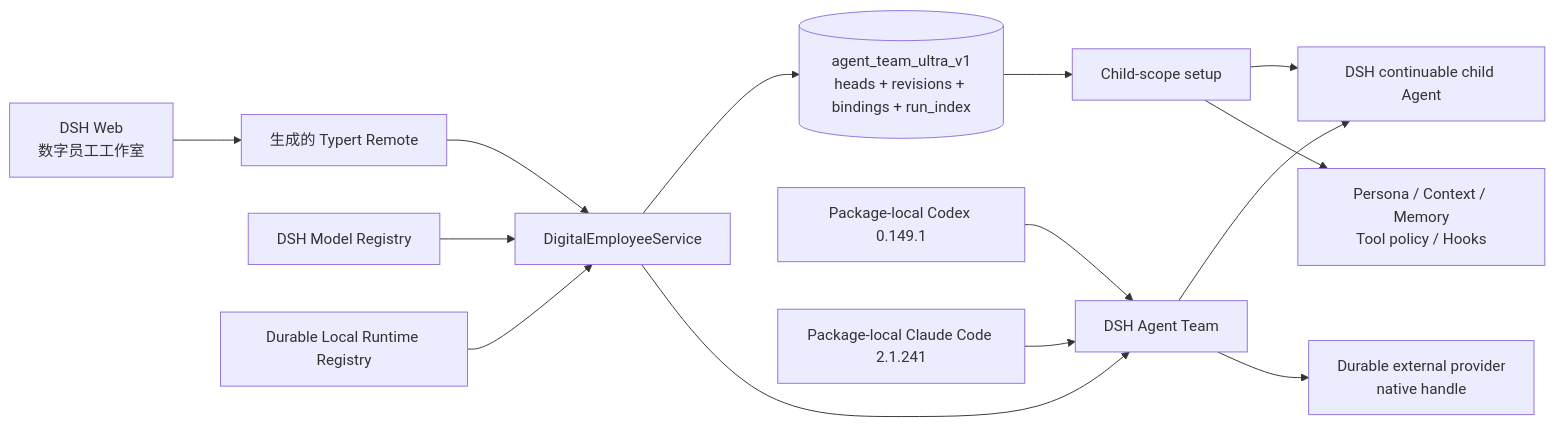
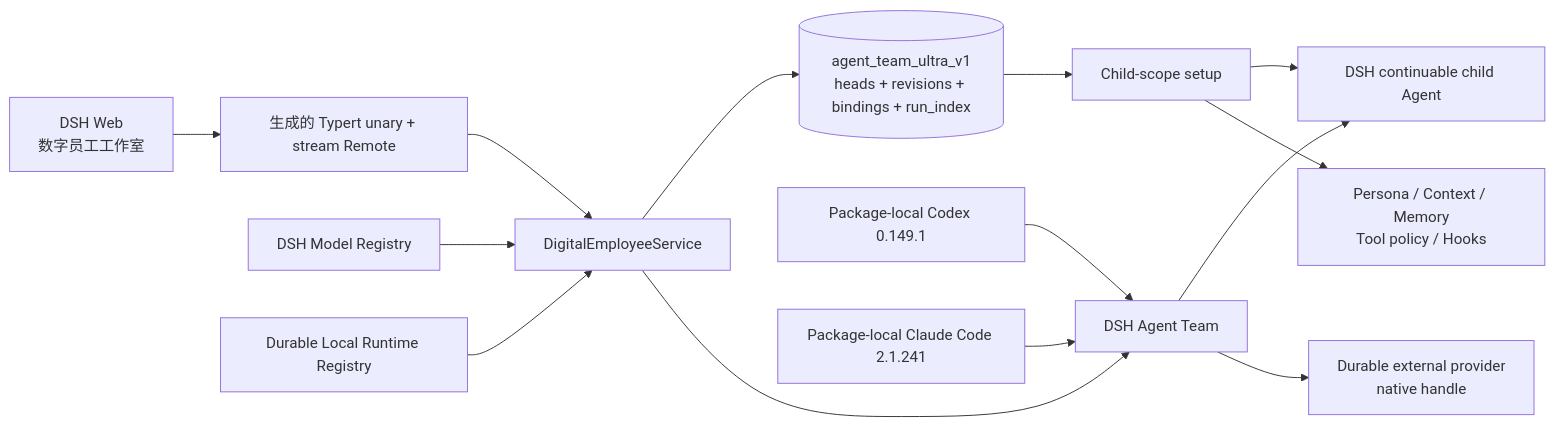
One commit to benz-ai-x/dsh-agent-team-ultra changed the diagram in docs/HANDOFF.md. Above: the diagram before and after it, drawn with Mermaid. The commit also changed other lines of this file and 23 other files, not shown here.

````diff
--- a/docs/HANDOFF.md
+++ b/docs/HANDOFF.md
@@ -46,16 +46,16 @@
 ```mermaid
 flowchart LR
-  WEB[DSH Web\n数字员工工作室] --> REMOTE[生成的 Typert Remote]
+  WEB[DSH Web\n数字员工工作室] --> REMOTE[生成的 Typert unary + stream Remote]
   REMOTE --> HOST[DigitalEmployeeService]
   MODELS[DSH Model Registry] --> HOST
   LOCAL[Durable Local Runtime Registry] --> HOST
   HOST --> STORE[(agent_team_ultra_v1\nheads + revisions + bindings + run_index)]
   HOST --> TEAM[DSH Agent Team]
   CODEX[Package-local Codex 0.149.1] --> TEAM
   CLAUDE[Package-local Claude Code 2.1.241] --> TEAM
   TEAM --> CHILD[DSH continuable child Agent]
   TEAM --> NATIVE[Durable external provider\nnative handle]
   STORE --> SETUP[Child-scope setup]
   SETUP --> CHILD
   SETUP --> CAP[Persona / Context / Memory\nTool policy / Hooks]
 ```
````
